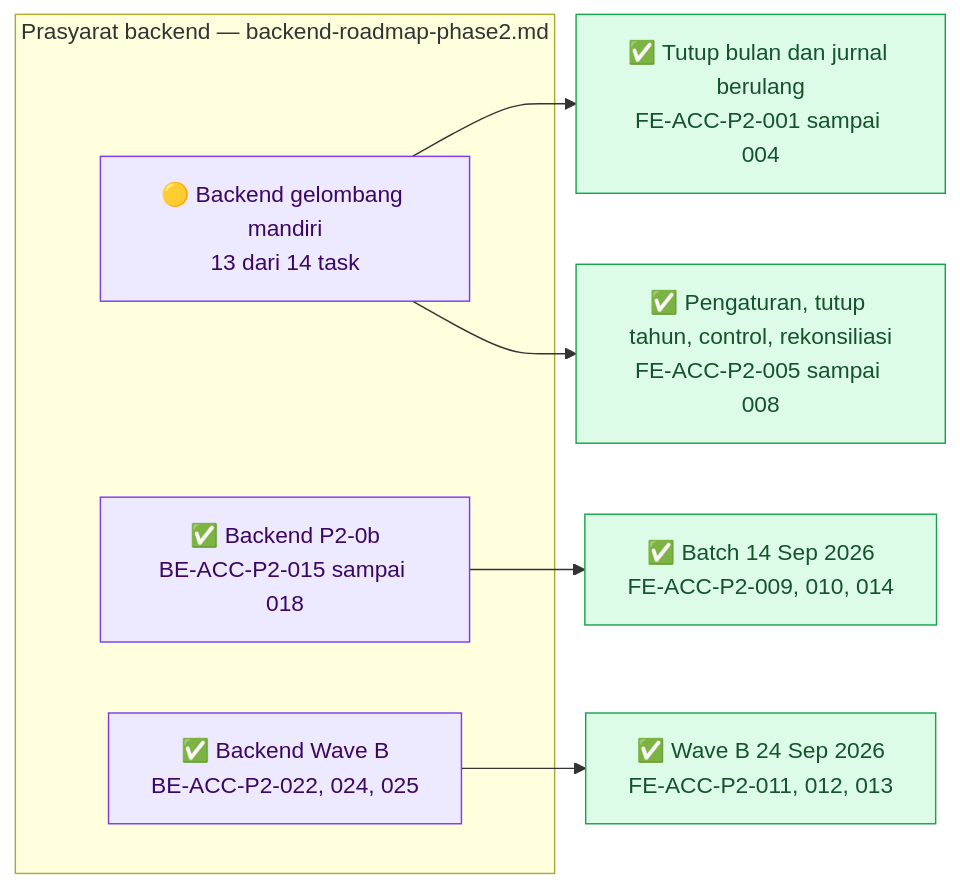
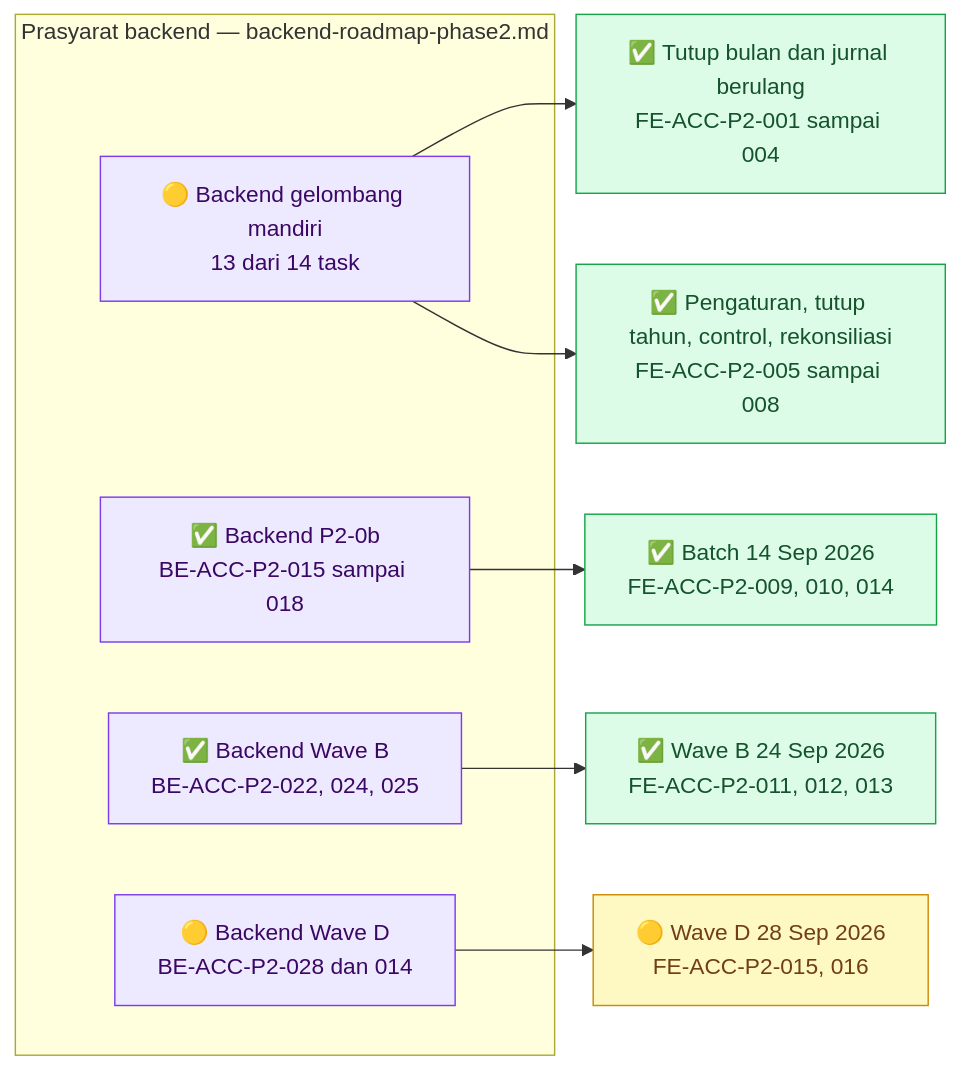
One commit to DevBenari/NewQuilvianSystemBackend changed the first of 6 diagrams in docs/module-blueprints/accounting/roadmap/frontend-roadmap-phase2.md. Above: the diagram before and after it, drawn with Mermaid. The commit also changed other lines of this file and 9 other files, not shown here.

Commit message:
feat(accounting): BE-ACC-P2-028 jalur pesan saldo subledger selesai; roadmap BE rev5 / FE rev6

````diff
--- a/docs/module-blueprints/accounting/roadmap/frontend-roadmap-phase2.md
+++ b/docs/module-blueprints/accounting/roadmap/frontend-roadmap-phase2.md
@@ -41,24 +42,27 @@
 ```mermaid
 flowchart LR
     classDef selesai fill:#DCFCE7,stroke:#16A34A,color:#14532D
     classDef sebagian fill:#FEF9C3,stroke:#CA8A04,color:#713F12
     classDef terblokir fill:#FEE2E2,stroke:#DC2626,color:#7F1D1D
     classDef belum fill:#F1F5F9,stroke:#64748B,color:#0F172A
     classDef luar fill:#EDE9FE,stroke:#7C3AED,color:#3B0764
 
     subgraph backend["Prasyarat backend — backend-roadmap-phase2.md"]
         BMANDIRI["🟡 Backend gelombang mandiri<br/>13 dari 14 task"]:::luar
         BP20B["✅ Backend P2-0b<br/>BE-ACC-P2-015 sampai 018"]:::luar
         BWAVEB["✅ Backend Wave B<br/>BE-ACC-P2-022, 024, 025"]:::luar
+        BWAVED["🟡 Backend Wave D<br/>BE-ACC-P2-028 dan 014"]:::luar
     end
 
     FTUTUP["✅ Tutup bulan dan jurnal berulang<br/>FE-ACC-P2-001 sampai 004"]:::selesai
     FLAIN["✅ Pengaturan, tutup tahun, control, rekonsiliasi<br/>FE-ACC-P2-005 sampai 008"]:::selesai
     FBATCH["✅ Batch 14 Sep 2026<br/>FE-ACC-P2-009, 010, 014"]:::selesai
     FWAVEB["✅ Wave B 24 Sep 2026<br/>FE-ACC-P2-011, 012, 013"]:::selesai
+    FWAVED["🟡 Wave D 28 Sep 2026<br/>FE-ACC-P2-015, 016"]:::sebagian
 
     BMANDIRI --> FTUTUP
     BMANDIRI --> FLAIN
     BP20B --> FBATCH
     BWAVEB --> FWAVEB
+    BWAVED --> FWAVED
 ```
````
